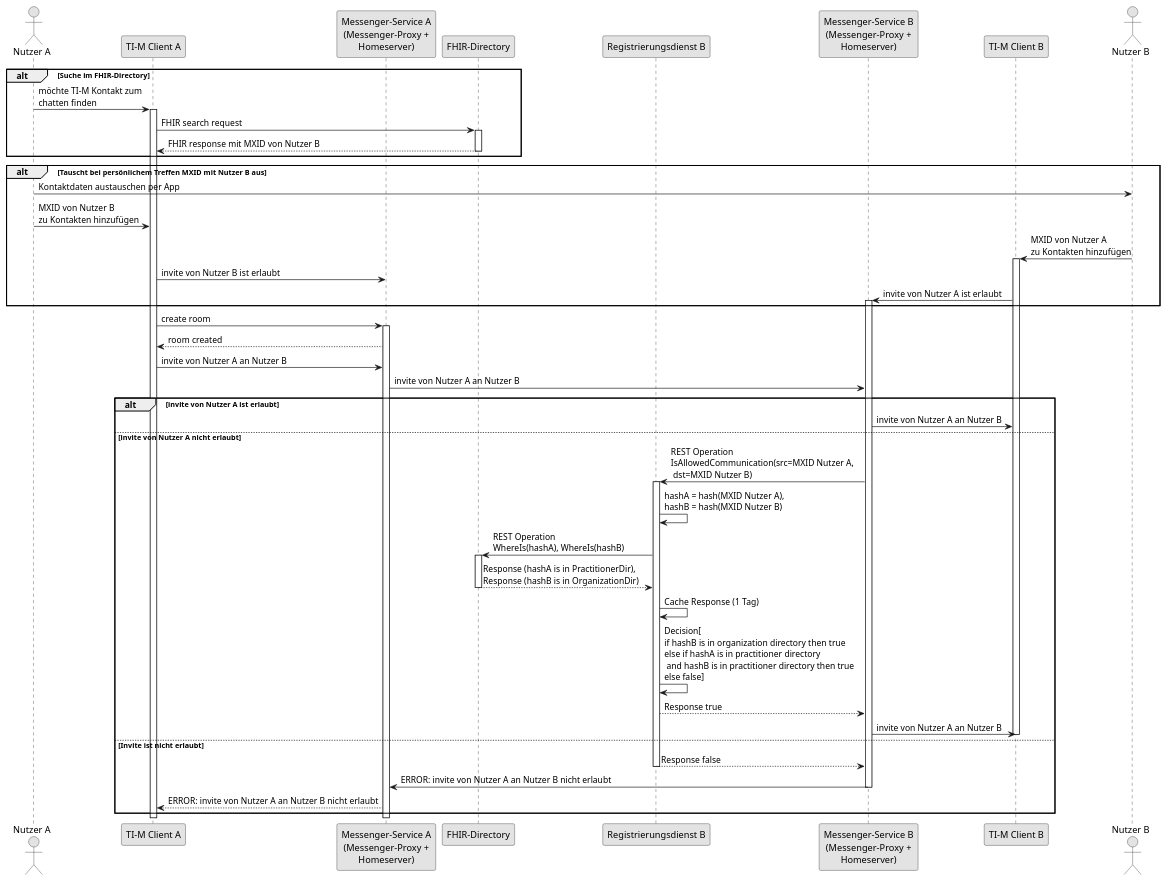
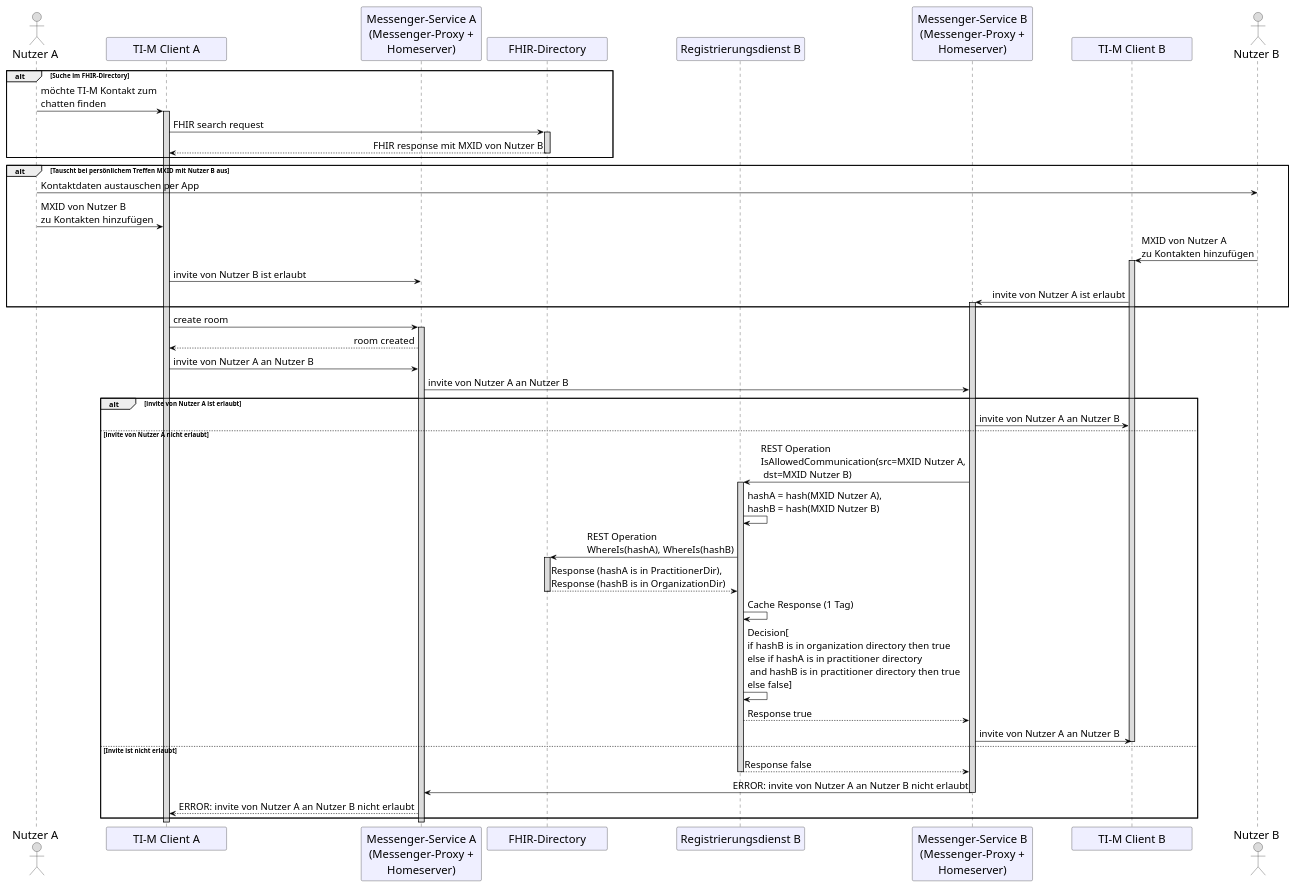
The diagram in src/plantuml/architecture/Communication_control_without_PASSporT.puml (gematik/api-ti-messenger), drawn with PlantUML before and after one commit.

```diff
--- a/src/plantuml/architecture/Communication_control_without_PASSporT.puml
+++ b/src/plantuml/architecture/Communication_control_without_PASSporT.puml
@@ -1,88 +27,86 @@
-@startuml TI-Messenger communication control without PASSporT
-/'
-Vorteile:
-- bessere Kompatibilität mit Matrix API
-- einfachere Architektur
-- keine Signaturprüfung von PASSporT im Messenger-Proxy
-  - kein download von Signatur-, CA- und Root-Zertifikaten erforderlich (Schnittstelle und
-    Spezifikation fehlen noch in aktueller Spec)
-  - keine Abhängigkeit mehr zu PT Infrastructure
-- Bessere Latenz bei Suchen im FHIR-Dir
-  - einheitliche Schnittstelle im FHIR-Dir für TIM und KIM 2.0
-  - geringere Abhängigkeit vom FHIR-Dir
-- Ermöglicht TI 2.0 Zero Trust Architektur (Policy Decision Point (PDP) ist entweder in
-  Registrierungsdienst integriert oder eigenständige Komponente, Policy Enforcement Point ist der Messenger-Proxy)
-  - einfache Erweiterung um zusätzliche Policies im PDP möglich (z. B. für Versicherte)
-  - Sicherheit von TIM wird durch TIM-Komponenten kontrolliert (und nicht durch das FHIR-Dir)
-- Bessere UX für Austausch von TI-M Adressen bei persönlichem Kontakt.
-  - Austausch von TIM Adressen grundsätzlich auch remote möglich
-Was muss getan werden, um ohne PASSporTs auszukommen?
-- PASSporT aus der TI-M Spec entfernen
-- PASSporT aus der FHIR-Dir Spec entfernen
-- REST Operationen am Messenger-Proxy spezifizieren (invite von MXIDs erlauben und Erlaubnis widerrufen,
-  Dauer der Erlaubnis als Parameter)
-- zusätzliche REST Operationen an I_TIM_Provider_Services
-- Erläuternde Beschreibung der Abläufe zwischen Messenger-Proxy und Registrierungsdienst
-'/
-skinparam dpi 100
-skinparam WrapWidth 200
-skinparam monochrome true
+@startuml
+skinparam sequenceMessageAlign direction
+skinparam minClassWidth 200
+skinparam BoxPadding 1
+skinparam sequenceReferenceHeaderBackgroundColor palegreen
+scale max 2048 width
+
+skinparam sequence {
+ArrowColor black
+ArrowFontSize 17
+ActorBorderColor black
+LifeLineBorderColor black
+LifeLineBackgroundColor Gainsboro
+
+ParticipantBorderColor Motivation
+ParticipantBackgroundColor Motivation
+ParticipantFontName Impact
+ParticipantFontSize 20
+ParticipantFontColor black
+ParticipantBorderColor Black
+ParticipantBackgroundColor MOTIVATION
+
+ActorBackgroundColor Gainsboro
+ActorFontColor black
+ActorFontSize 20
+ActorFontName Aapex
+}
 
 actor a as "Nutzer A"
 participant cl as "TI-M Client A"
 participant mp as "Messenger-Service A\n(Messenger-Proxy +\nHomeserver)"
 participant fd as "FHIR-Directory"
 participant rdb as "Registrierungsdienst B"
 participant mpb as "Messenger-Service B\n(Messenger-Proxy +\nHomeserver)"
 participant clb as "TI-M Client B"
 actor b as "Nutzer B"
 
 alt Suche im FHIR-Directory
 a -> cl: möchte TI-M Kontakt zum\nchatten finden
 activate cl
 cl -> fd: FHIR search request
 activate fd
 fd --> cl: FHIR response mit MXID von Nutzer B
 deactivate fd
 end
 alt Tauscht bei persönlichem Treffen MXID mit Nutzer B aus
 a -> b: Kontaktdaten austauschen per App
 a -> cl: MXID von Nutzer B\nzu Kontakten hinzufügen
 b -> clb: MXID von Nutzer A\nzu Kontakten hinzufügen
 activate clb
 cl -> mp: invite von Nutzer B ist erlaubt
 clb -> mpb: invite von Nutzer A ist erlaubt
 activate mpb
 end
 cl -> mp: create room
 activate mp
 mp --> cl: room created
 
 ' Invite
 cl -> mp: invite von Nutzer A an Nutzer B
 mp -> mpb: invite von Nutzer A an Nutzer B
 alt invite von Nutzer A ist erlaubt
 mpb -> clb: invite von Nutzer A an Nutzer B
 else invite von Nutzer A nicht erlaubt
 mpb -> rdb: REST Operation\nIsAllowedCommunication(src=MXID Nutzer A,\n dst=MXID Nutzer B)
 activate rdb
 rdb -> rdb: hashA = hash(MXID Nutzer A),\nhashB = hash(MXID Nutzer B)
 rdb -> fd: REST Operation\nWhereIs(hashA), WhereIs(hashB)
 activate fd
 fd --> rdb: Response (hashA is in PractitionerDir),\nResponse (hashB is in OrganizationDir)
 deactivate fd
 rdb -> rdb: Cache Response (1 Tag)
 rdb -> rdb: Decision[\nif hashB is in organization directory then true\nelse if hashA is in practitioner directory\n and hashB is in practitioner directory then true\nelse false]
 rdb --> mpb: Response true
 mpb -> clb: invite von Nutzer A an Nutzer B
 deactivate clb
 else Invite ist nicht erlaubt
 rdb --> mpb: Response false
 deactivate rdb
 mpb -> mp: ERROR: invite von Nutzer A an Nutzer B nicht erlaubt
 deactivate mpb
 mp --> cl: ERROR: invite von Nutzer A an Nutzer B nicht erlaubt
 end
 deactivate mp
 deactivate cl
 @enduml
```
